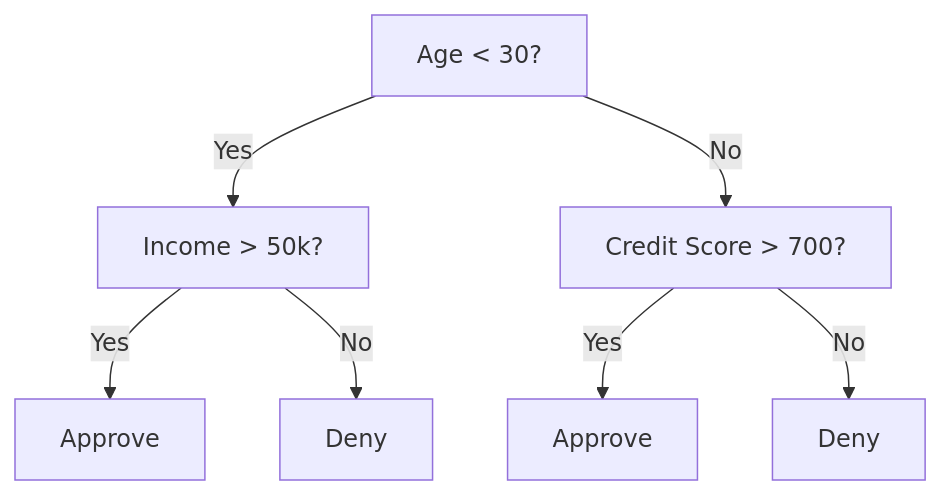
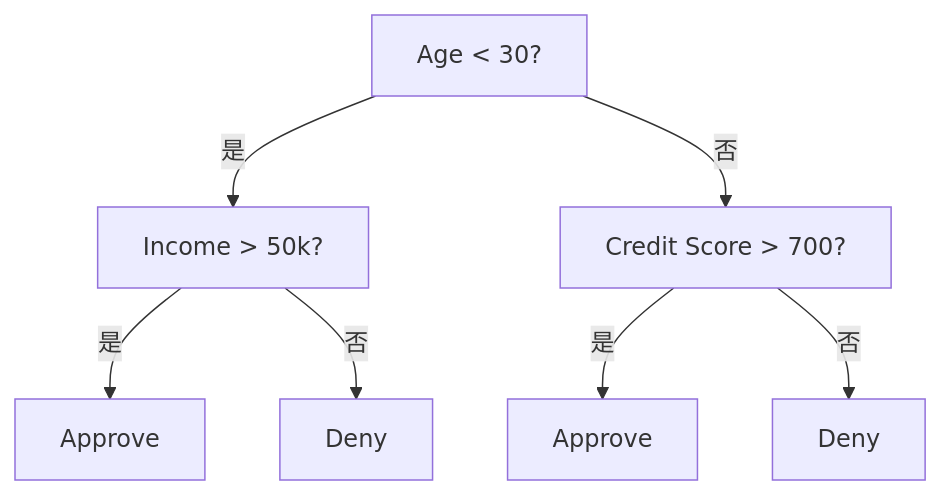
The first of 2 diagrams in phases/02-ml-fundamentals/04-decision-trees/docs/zh.md (omigaZen/ai-engineering-from-scratch), drawn with Mermaid before and after one commit. The commit also changed other lines of this file and 3 other files, not shown here.

````diff
--- a/phases/02-ml-fundamentals/04-decision-trees/docs/zh.md
+++ b/phases/02-ml-fundamentals/04-decision-trees/docs/zh.md
@@ -51,9 +36,9 @@
 ```mermaid
 graph TD
-    A["Age < 30?"] -->|Yes| B["Income > 50k?"]
-    A -->|No| C["Credit Score > 700?"]
-    B -->|Yes| D["Approve"]
-    B -->|No| E["Deny"]
-    C -->|Yes| F["Approve"]
-    C -->|No| G["Deny"]
+    A["Age < 30?"] -->|是| B["Income > 50k?"]
+    A -->|否| C["Credit Score > 700?"]
+    B -->|是| D["Approve"]
+    B -->|否| E["Deny"]
+    C -->|是| F["Approve"]
+    C -->|否| G["Deny"]
 ```
````
